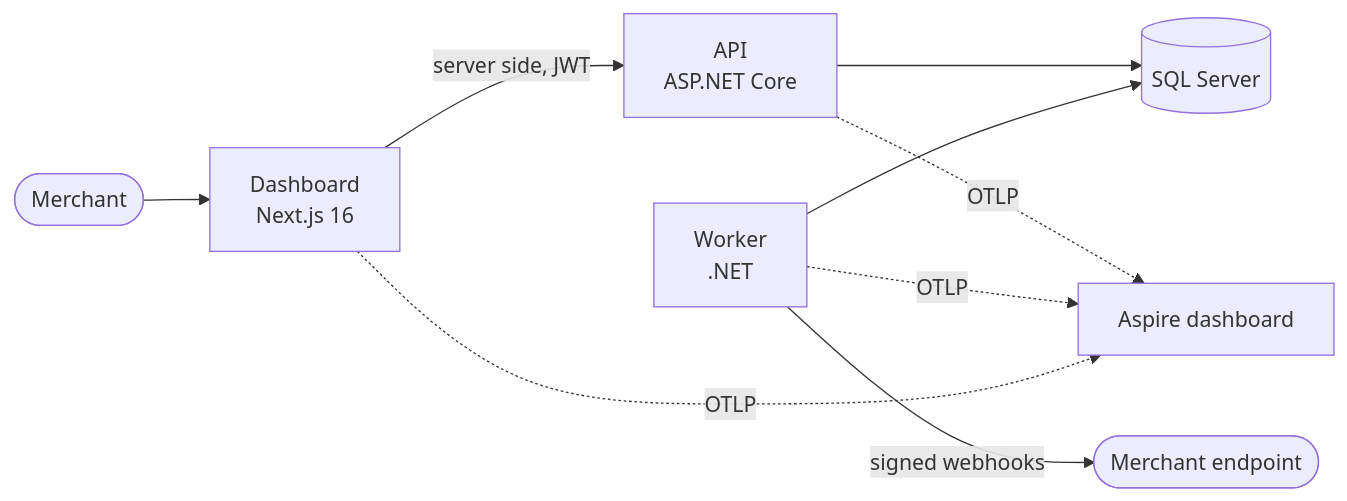
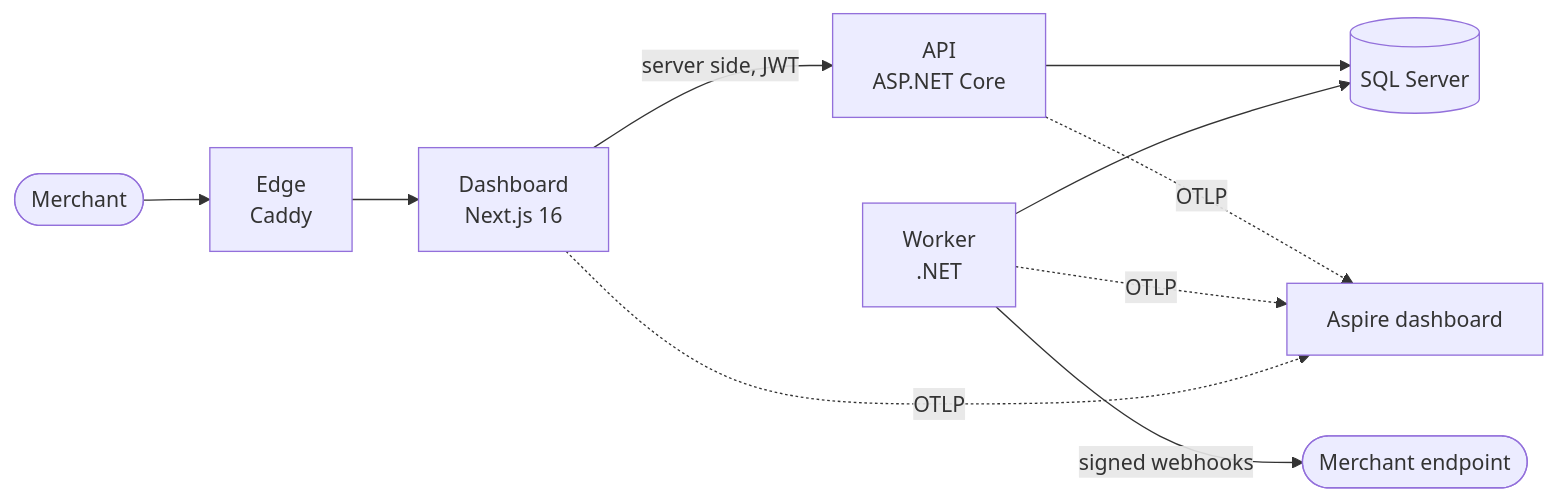
One commit to Antheagao/payment-platform changed the diagram in README.md. Above: the diagram before and after it, drawn with Mermaid. The commit also changed other lines of this file and 30 other files, not shown here.

First line of the commit message:
security: limit sign-ins per person, with the address the dashboard's edge saw

````diff
--- a/README.md
+++ b/README.md
@@ -172,9 +172,10 @@
 ```mermaid
 flowchart LR
-    user([Merchant]) --> web[Dashboard<br/>Next.js 16]
+    user([Merchant]) --> edge[Edge<br/>Caddy]
+    edge --> web[Dashboard<br/>Next.js 16]
     web -->|server side, JWT| api[API<br/>ASP.NET Core]
     api --> db[(SQL Server)]
     worker[Worker<br/>.NET] --> db
     worker -->|signed webhooks| hooks([Merchant endpoint])
     api & worker & web -.->|OTLP| otel[Aspire dashboard]
 ```
````
